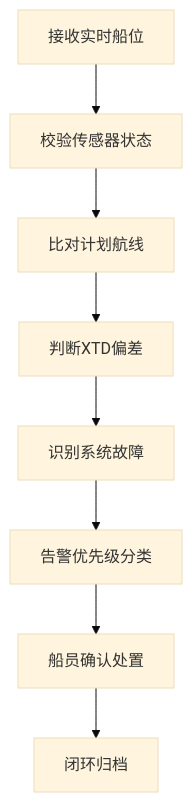
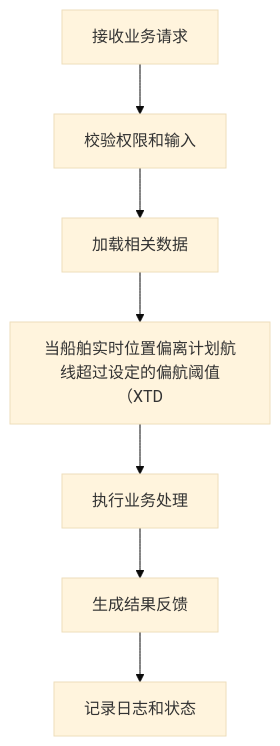
Before and after one commit to ZzGallagher/bid-solution-writer: the diagram in output/records/function-005-航行监控导航与安全预警.mmd, drawn with Mermaid (base theme). The commit also changed 40 other files, not shown here.

Commit message:
Generate diagrams dynamically with LLM

```diff
--- a/output/records/function-005-航行监控导航与安全预警.mmd
+++ b/output/records/function-005-航行监控导航与安全预警.mmd
@@ -1,18 +1,15 @@
 %% 图名称：航行监控导航与安全预警流程图
-%% 对应章节：航行监控导航与安全预警功能
 flowchart TD
-    N1[接收实时船位]
-    N2[校验传感器状态]
-    N3[比对计划航线]
-    N4[判断XTD偏差]
-    N5[识别系统故障]
-    N6[告警优先级分类]
-    N7[船员确认处置]
-    N8[闭环归档]
+    N0["接收业务请求"]
+    N1["校验权限和输入"]
+    N0 --> N1
+    N2["加载相关数据"]
     N1 --> N2
+    N3["当船舶实时位置偏离计划航线超过设定的偏航阈值（XTD"]
     N2 --> N3
+    N4["执行业务处理"]
     N3 --> N4
+    N5["生成结果反馈"]
     N4 --> N5
+    N6["记录日志和状态"]
     N5 --> N6
-    N6 --> N7
-    N7 --> N8
```
